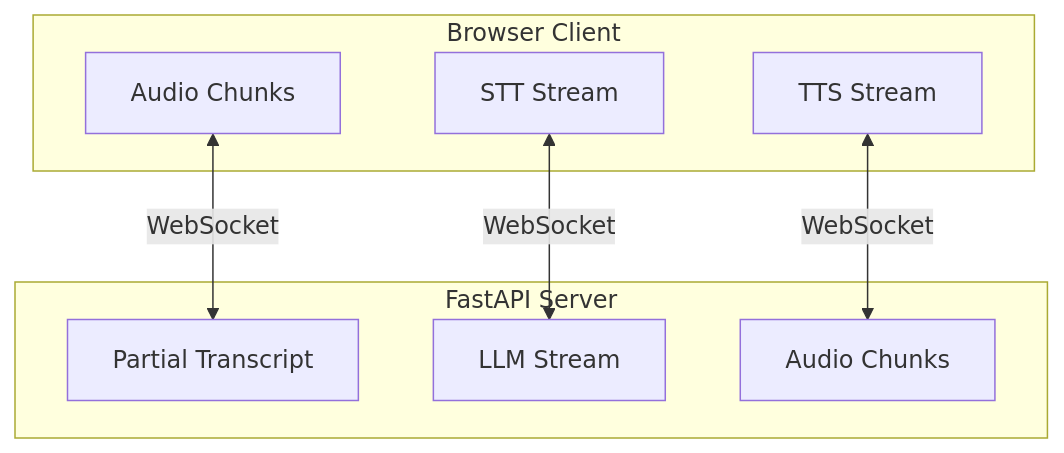
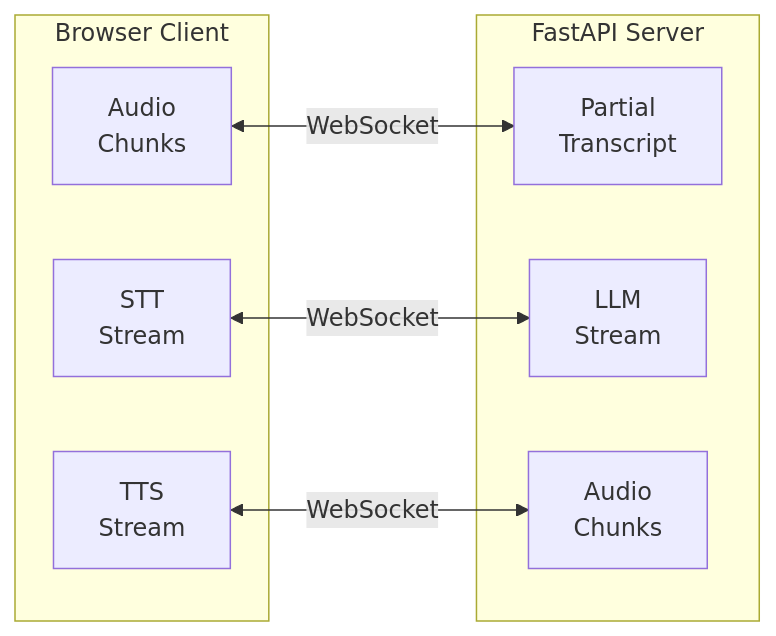
One commit to charanp2006/demo-voice-agent changed the sixth of 6 diagrams in Readme.md. Above: the diagram before and after it, drawn with Mermaid. The commit also changed other lines of this file and 3 other files, not shown here.

````diff
--- a/Readme.md
+++ b/Readme.md
@@ -140,18 +165,18 @@
 ```mermaid
-graph TB
+graph LR
     subgraph Client["Browser Client"]
-        A1["Audio Chunks"]
-        A2["STT Stream"]
-        A3["TTS Stream"]
+        A1["Audio<br/>Chunks"]
+        A2["STT<br/>Stream"]
+        A3["TTS<br/>Stream"]
     end
     
     subgraph Server["FastAPI Server"]
-        B1["Partial Transcript"]
-        B2["LLM Stream"]
-        B3["Audio Chunks"]
+        B1["Partial<br/>Transcript"]
+        B2["LLM<br/>Stream"]
+        B3["Audio<br/>Chunks"]
     end
     
     A1 <-->|WebSocket| B1
     A2 <-->|WebSocket| B2
     A3 <-->|WebSocket| B3
 ```
````
